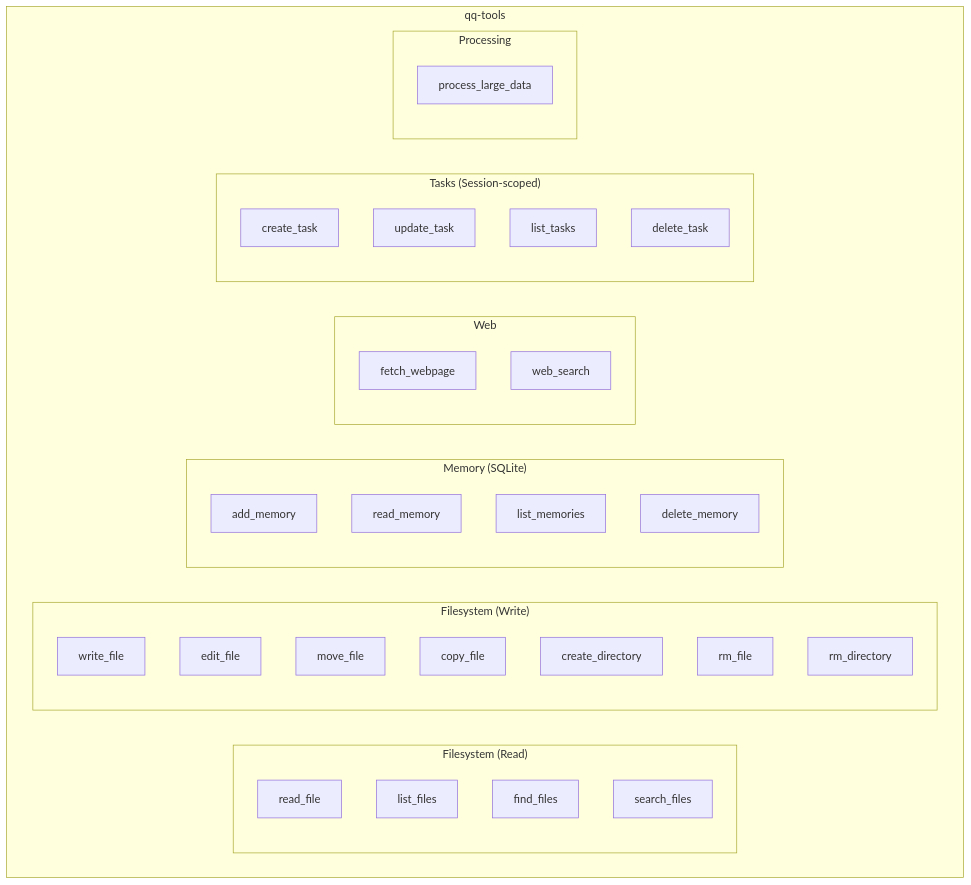
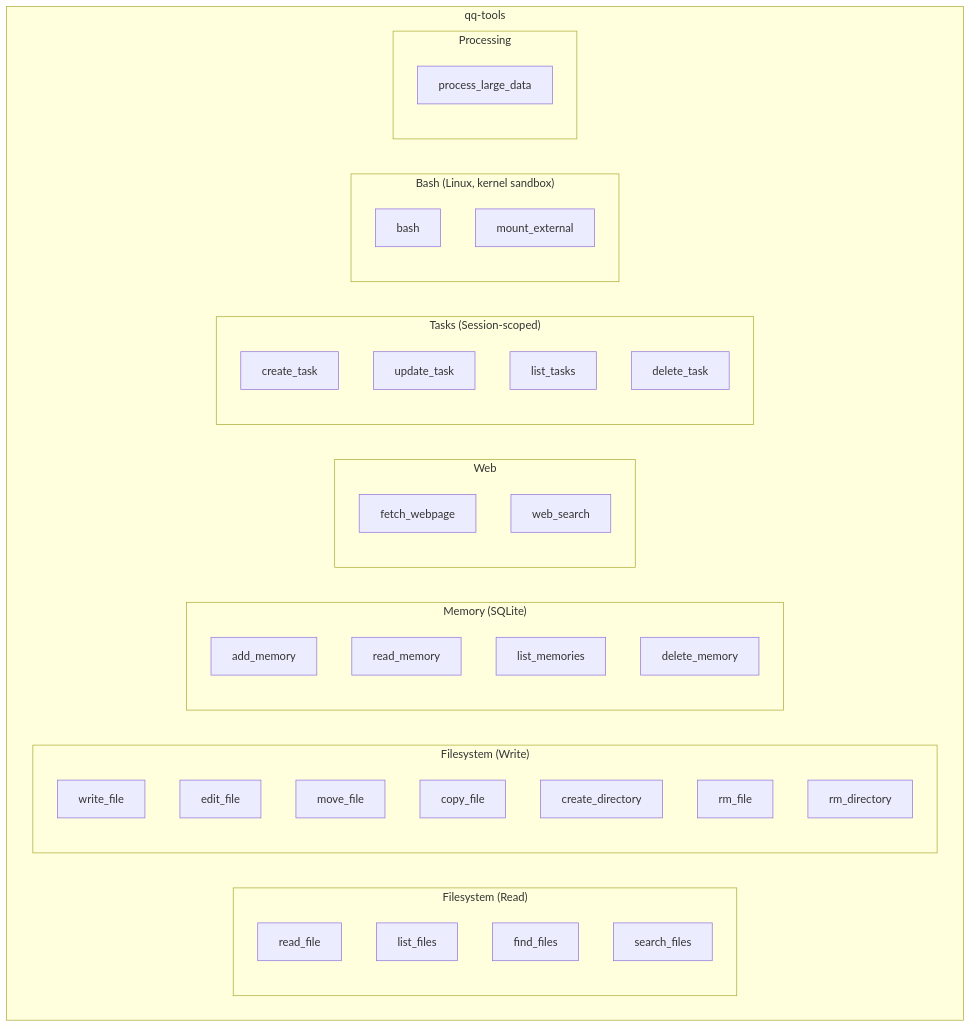
Before and after one commit to Refefer/quick-query-rs: the ninth of 37 diagrams in docs/ARCHITECTURE.md, drawn with Mermaid. The commit also changed other lines of this file and 3 other files, not shown here.

First line of the commit message:
Document bash sandbox across all docs

````diff
--- a/docs/ARCHITECTURE.md
+++ b/docs/ARCHITECTURE.md
@@ -495,44 +495,49 @@
 ```mermaid
 graph TD
     subgraph "qq-tools"
         subgraph "Filesystem (Read)"
             RF[read_file]
             LF[list_files]
             FF[find_files]
             SF[search_files]
         end
 
         subgraph "Filesystem (Write)"
             WF[write_file]
             EF[edit_file]
             MF[move_file]
             CF[copy_file]
             CD[create_directory]
             RMF[rm_file]
             RMD[rm_directory]
         end
 
         subgraph "Memory (SQLite)"
             AM[add_memory]
             RM[read_memory]
             LM[list_memories]
             DM[delete_memory]
         end
 
         subgraph "Web"
             FW[fetch_webpage]
             WS[web_search]
         end
 
         subgraph "Tasks (Session-scoped)"
             CT[create_task]
             UT[update_task]
             LT[list_tasks]
             DT[delete_task]
         end
 
+        subgraph "Bash (Linux, kernel sandbox)"
+            BASH[bash]
+            ME[mount_external]
+        end
+
         subgraph "Processing"
             PLD[process_large_data]
         end
     end
 ```
````
